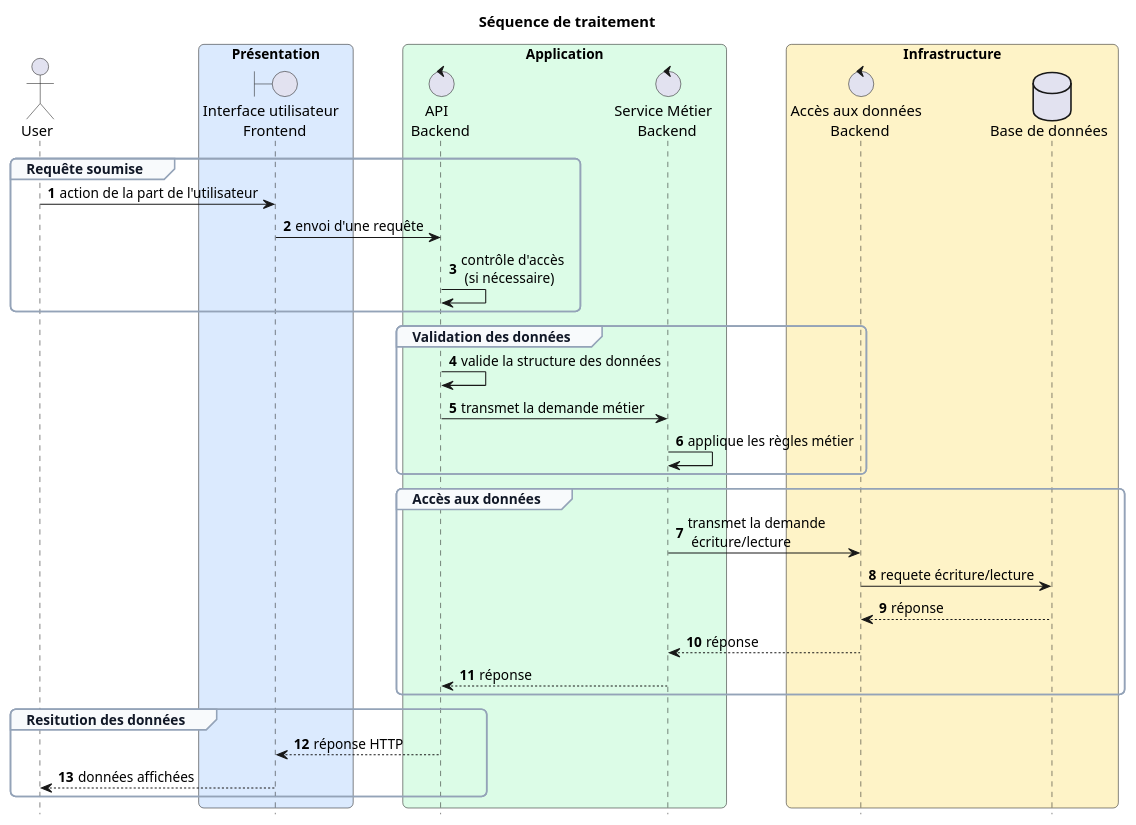
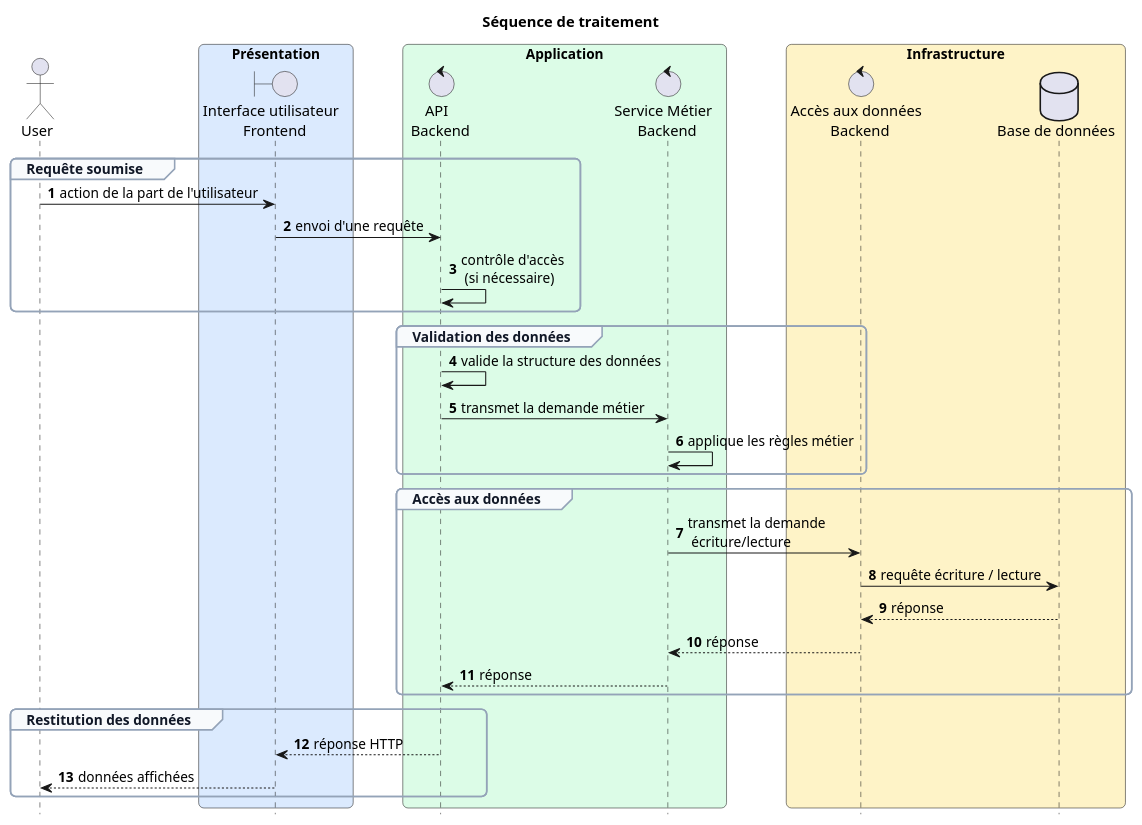
One commit to KMBCL/P3_specifications changed the diagram in docs/diagrams/workflow.puml. Above: the diagram before and after it, drawn with PlantUML. The commit also changed 77 other files, not shown here.

```diff
--- a/docs/diagrams/workflow.puml
+++ b/docs/diagrams/workflow.puml
@@ -1,62 +1,62 @@
 @startuml workflow
 title Séquence de traitement
 
 hide footbox
 
 autonumber
 
 skinparam shadowing false
 skinparam roundcorner 10
 skinparam boxPadding 12
 
 skinparam sequence {
     LifeLineBackgroundColor #F8FAFC
     ParticipantBackgroundColor #E5E7EB
     GroupBorderColor #94A3B8
     GroupBackgroundColor #F8FAFC
     GroupHeaderFontColor #111827
 }
 
 actor User
 
 box "Présentation" #DBEAFE
     boundary "Interface utilisateur \n Frontend" as UI
 end box
 
 box "Application" #DCFCE7
     control "API \n Backend" as API
     control "Service Métier \n Backend" as BusinessService
 end box
 
 box "Infrastructure" #FEF3C7
     control "Accès aux données \n Backend" as DataRepository
     database "Base de données" as DB
 end box
 
 group Requête soumise
     User -> UI : action de la part de l'utilisateur
     UI -> API : envoi d'une requête
     API -> API : contrôle d'accès \n (si nécessaire)
 end
 
 group Validation des données
     API -> API  : valide la structure des données
     API -> BusinessService : transmet la demande métier
     BusinessService -> BusinessService : applique les règles métier
 end
 
 group Accès aux données
     BusinessService -> DataRepository : transmet la demande \n écriture/lecture
-    DataRepository -> DB : requete écriture/lecture
+    DataRepository -> DB : requête écriture / lecture
     DB --> DataRepository : réponse
     DataRepository --> BusinessService : réponse
     BusinessService --> API : réponse
 end
 
-group Resitution des données
+group Restitution des données
     API --> UI : réponse HTTP
     UI --> User : données affichées
 end
 
 
 @enduml
```
